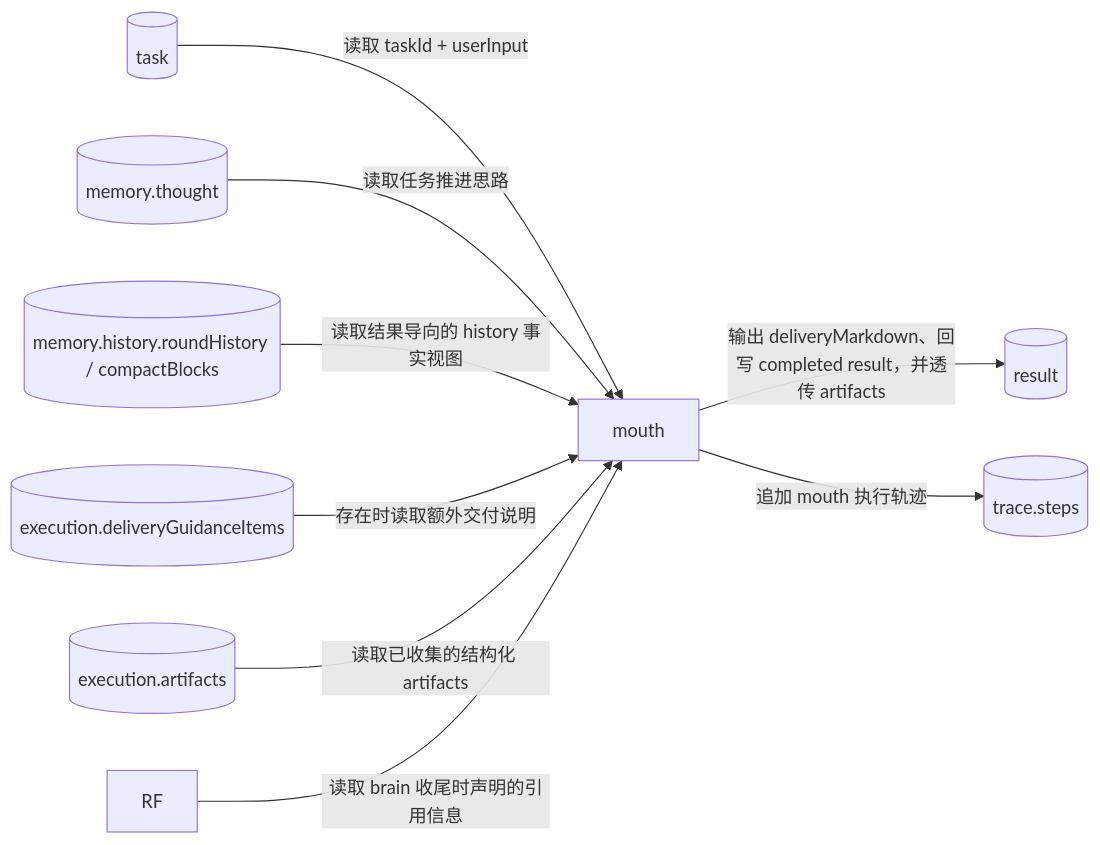
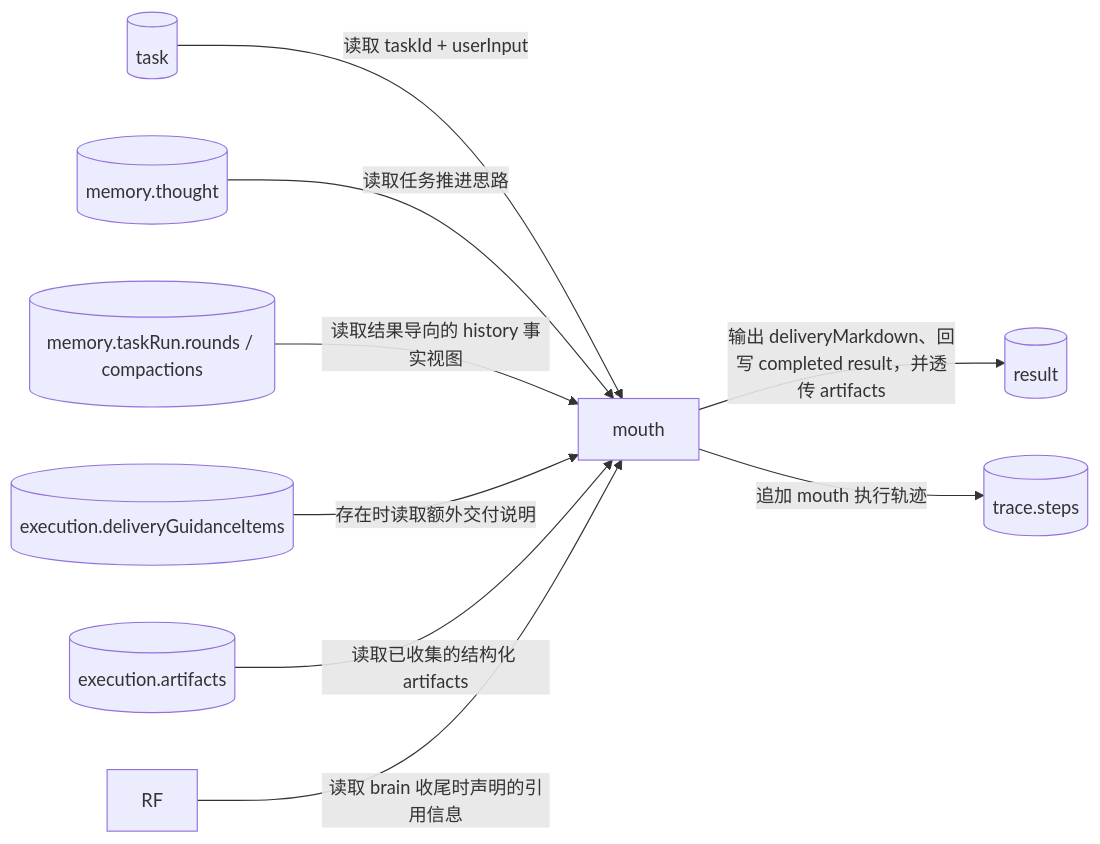
The fifth of 5 diagrams in doc/ai-design/data-definition-and-flow.md (Yoan98/Ncurator), drawn with Mermaid before and after one commit. The commit also changed other lines of this file and 65 other files, not shown here.

Commit message:
Refactor AI memory to use decision hints and task runs

````diff
--- a/doc/ai-design/data-definition-and-flow.md
+++ b/doc/ai-design/data-definition-and-flow.md
@@ -1168,20 +1168,20 @@
 ```mermaid
 flowchart LR
     T[("task")]
     TM[("memory.thought")]
-    PM[("memory.history.roundHistory / compactBlocks")]
+    PM[("memory.taskRun.rounds / compactions")]
     DG[("execution.deliveryGuidanceItems")]
     A[("execution.artifacts")]
     M["mouth"]
     R[("result")]
     TR[("trace.steps")]
 
     T -->|读取 taskId + userInput| M
     TM -->|读取任务推进思路| M
     PM -->|读取结果导向的 history 事实视图| M
     DG -->|存在时读取额外交付说明| M
     A -->|读取已收集的结构化 artifacts| M
     RF -->|读取 brain 收尾时声明的引用信息| M
     M -->|输出 deliveryMarkdown、回写 completed result，并透传 artifacts| R
     M -->|追加 mouth 执行轨迹| TR
 ```
````
